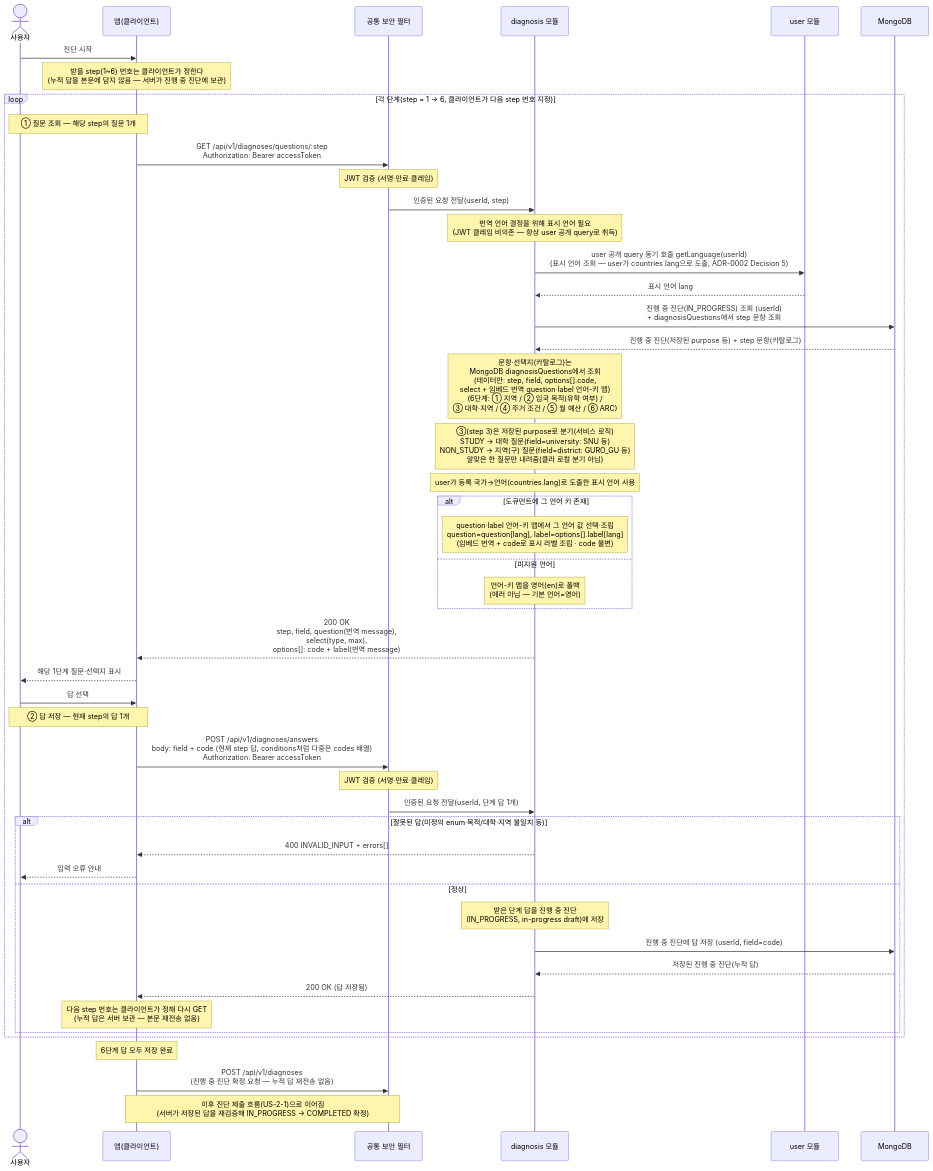
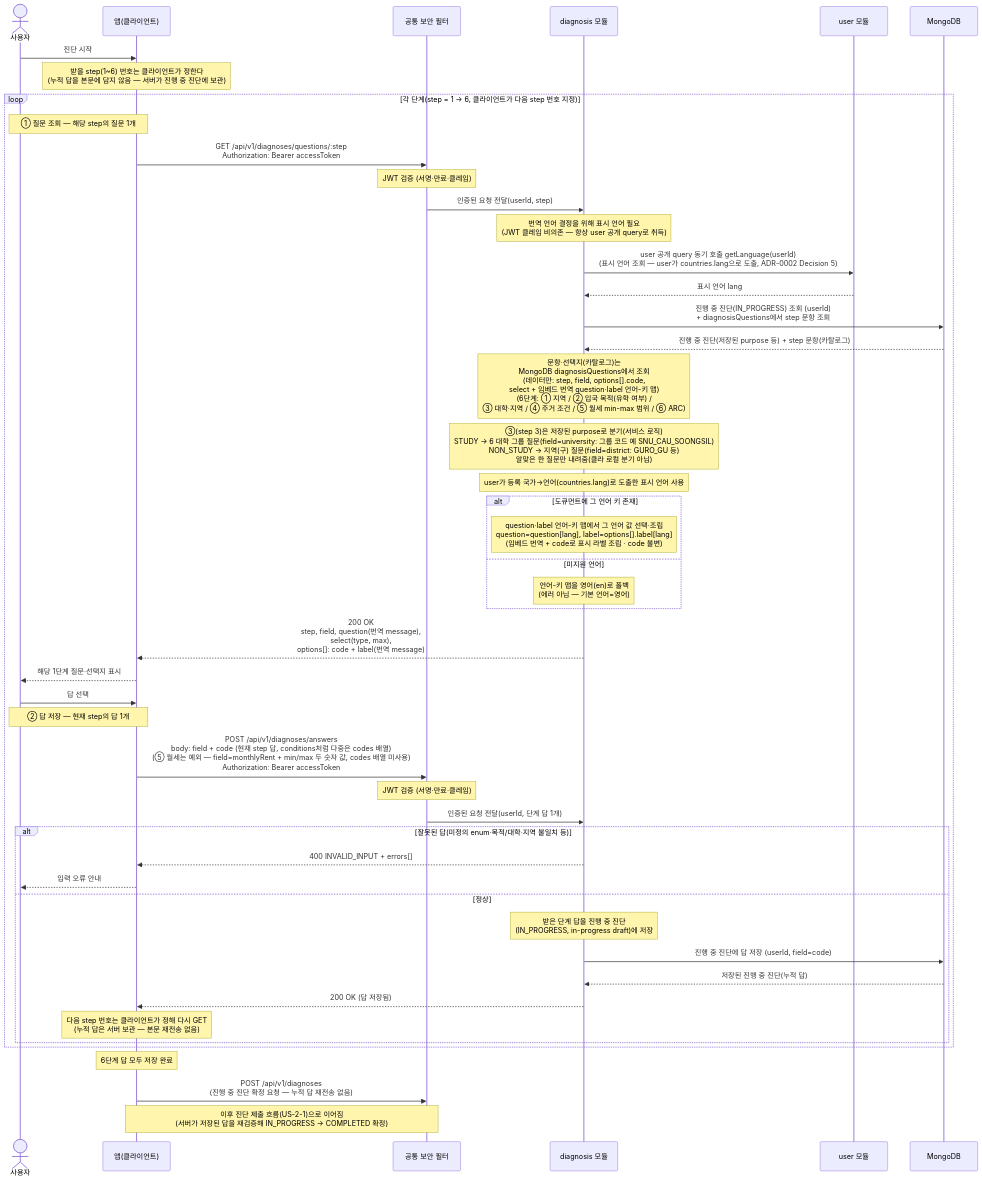
Before and after one commit to jameskim9509/Kohere-backend: the diagram in docs/architecture/sequence-diagrams/02-diagnosis-recommendation/us-2-5-2-6-diagnosis-questions.md, drawn with Mermaid. The commit also changed other lines of this file and 10 other files, not shown here.

````diff
--- a/docs/architecture/sequence-diagrams/02-diagnosis-recommendation/us-2-5-2-6-diagnosis-questions.md
+++ b/docs/architecture/sequence-diagrams/02-diagnosis-recommendation/us-2-5-2-6-diagnosis-questions.md
@@ -5,54 +5,54 @@
 ```mermaid
 sequenceDiagram
     actor U as 사용자
     participant C as 앱(클라이언트)
     participant SEC as 공통 보안 필터
     participant DIAG as diagnosis 모듈
     participant USER as user 모듈
     participant DB as MongoDB
 
     U->>C: 진단 시작
     Note over C: 받을 step(1~6) 번호는 클라이언트가 정한다<br/>(누적 답을 본문에 담지 않음 — 서버가 진행 중 진단에 보관)
 
     loop 각 단계(step = 1 → 6, 클라이언트가 다음 step 번호 지정)
         Note over U,C: ① 질문 조회 — 해당 step의 질문 1개
         C->>SEC: GET /api/v1/diagnoses/questions/:step<br/>Authorization: Bearer accessToken
         Note over SEC: JWT 검증 (서명·만료·클레임)
         SEC->>DIAG: 인증된 요청 전달(userId, step)
         Note over DIAG: 번역 언어 결정을 위해 표시 언어 필요<br/>(JWT 클레임 비의존 — 항상 user 공개 query로 취득)
         DIAG->>USER: user 공개 query 동기 호출 getLanguage(userId)<br/>(표시 언어 조회 — user가 countries.lang으로 도출, ADR-0002 Decision 5)
         USER-->>DIAG: 표시 언어 lang
         DIAG->>DB: 진행 중 진단(IN_PROGRESS) 조회 (userId)<br/>+ diagnosisQuestions에서 step 문항 조회
         DB-->>DIAG: 진행 중 진단(저장된 purpose 등) + step 문항(카탈로그)
-        Note over DIAG: 문항·선택지(카탈로그)는<br/>MongoDB diagnosisQuestions에서 조회<br/>(데이터만: step, field, options[].code,<br/>select + 임베드 번역 question·label 언어-키 맵)<br/>(6단계: ① 지역 / ② 입국 목적(유학 여부) /<br/>③ 대학·지역 / ④ 주거 조건 / ⑤ 월 예산 / ⑥ ARC)
-        Note over DIAG: ③(step 3)은 저장된 purpose로 분기(서비스 로직)<br/>STUDY → 대학 질문(field=university: SNU 등)<br/>NON_STUDY → 지역(구) 질문(field=district: GURO_GU 등)<br/>알맞은 한 질문만 내려줌(클라 로컬 분기 아님)
+        Note over DIAG: 문항·선택지(카탈로그)는<br/>MongoDB diagnosisQuestions에서 조회<br/>(데이터만: step, field, options[].code,<br/>select + 임베드 번역 question·label 언어-키 맵)<br/>(6단계: ① 지역 / ② 입국 목적(유학 여부) /<br/>③ 대학·지역 / ④ 주거 조건 / ⑤ 월세 min-max 범위 / ⑥ ARC)
+        Note over DIAG: ③(step 3)은 저장된 purpose로 분기(서비스 로직)<br/>STUDY → 6 대학 그룹 질문(field=university: 그룹 코드 예 SNU_CAU_SOONGSIL)<br/>NON_STUDY → 지역(구) 질문(field=district: GURO_GU 등)<br/>알맞은 한 질문만 내려줌(클라 로컬 분기 아님)
         Note over DIAG: user가 등록 국가→언어(countries.lang)로 도출한 표시 언어 사용
         alt 도큐먼트에 그 언어 키 존재
             Note over DIAG: question·label 언어-키 맵에서 그 언어 값 선택·조립<br/>question=question[lang], label=options[].label[lang]<br/>(임베드 번역 + code로 표시 라벨 조립 · code 불변)
         else 미지원 언어
             Note over DIAG: 언어-키 맵을 영어(en)로 폴백<br/>(에러 아님 — 기본 언어=영어)
         end
         DIAG-->>C: 200 OK<br/>step, field, question(번역 message),<br/>select(type, max),<br/>options[]: code + label(번역 message)
         C-->>U: 해당 1단계 질문·선택지 표시
         U->>C: 답 선택
 
         Note over U,C: ② 답 저장 — 현재 step의 답 1개
-        C->>SEC: POST /api/v1/diagnoses/answers<br/>body: field + code (현재 step 답, conditions처럼 다중은 codes 배열)<br/>Authorization: Bearer accessToken
+        C->>SEC: POST /api/v1/diagnoses/answers<br/>body: field + code (현재 step 답, conditions처럼 다중은 codes 배열)<br/>(⑤ 월세는 예외 — field=monthlyRent + min/max 두 숫자 값, codes 배열 미사용)<br/>Authorization: Bearer accessToken
         Note over SEC: JWT 검증 (서명·만료·클레임)
         SEC->>DIAG: 인증된 요청 전달(userId, 단계 답 1개)
         alt 잘못된 답(미정의 enum·목적/대학·지역 불일치 등)
             DIAG-->>C: 400 INVALID_INPUT + errors[]
             C-->>U: 입력 오류 안내
         else 정상
             Note over DIAG: 받은 단계 답을 진행 중 진단<br/>(IN_PROGRESS, in-progress draft)에 저장
             DIAG->>DB: 진행 중 진단에 답 저장 (userId, field=code)
             DB-->>DIAG: 저장된 진행 중 진단(누적 답)
             DIAG-->>C: 200 OK (답 저장됨)
             Note over C: 다음 step 번호는 클라이언트가 정해 다시 GET<br/>(누적 답은 서버 보관 — 본문 재전송 없음)
         end
     end
 
     Note over C: 6단계 답 모두 저장 완료
     C->>SEC: POST /api/v1/diagnoses<br/>(진행 중 진단 확정 요청 — 누적 답 재전송 없음)
     Note over C,SEC: 이후 진단 제출 흐름(US-2-1)으로 이어짐<br/>(서버가 저장된 답을 재검증해 IN_PROGRESS → COMPLETED 확정)
 ```
````
